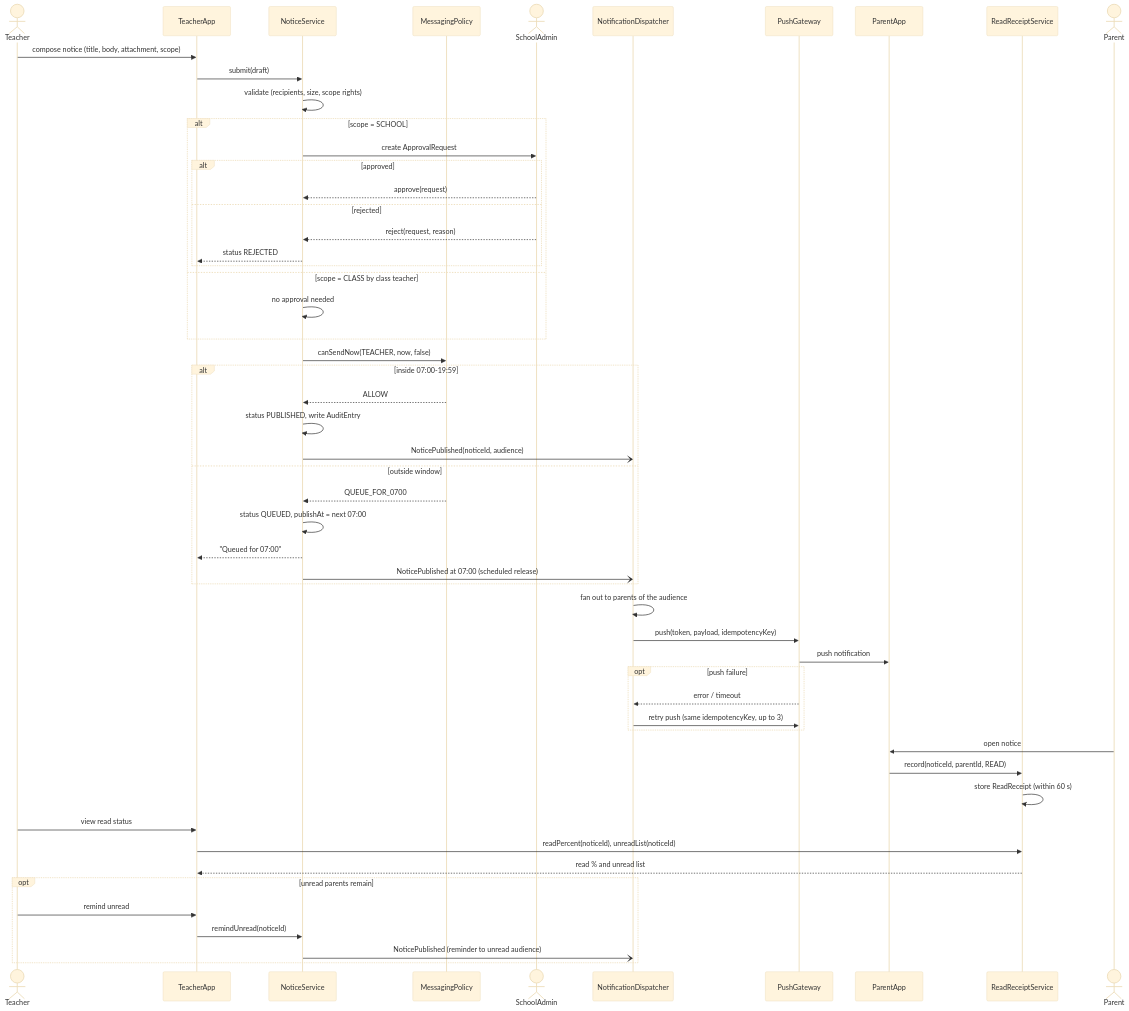
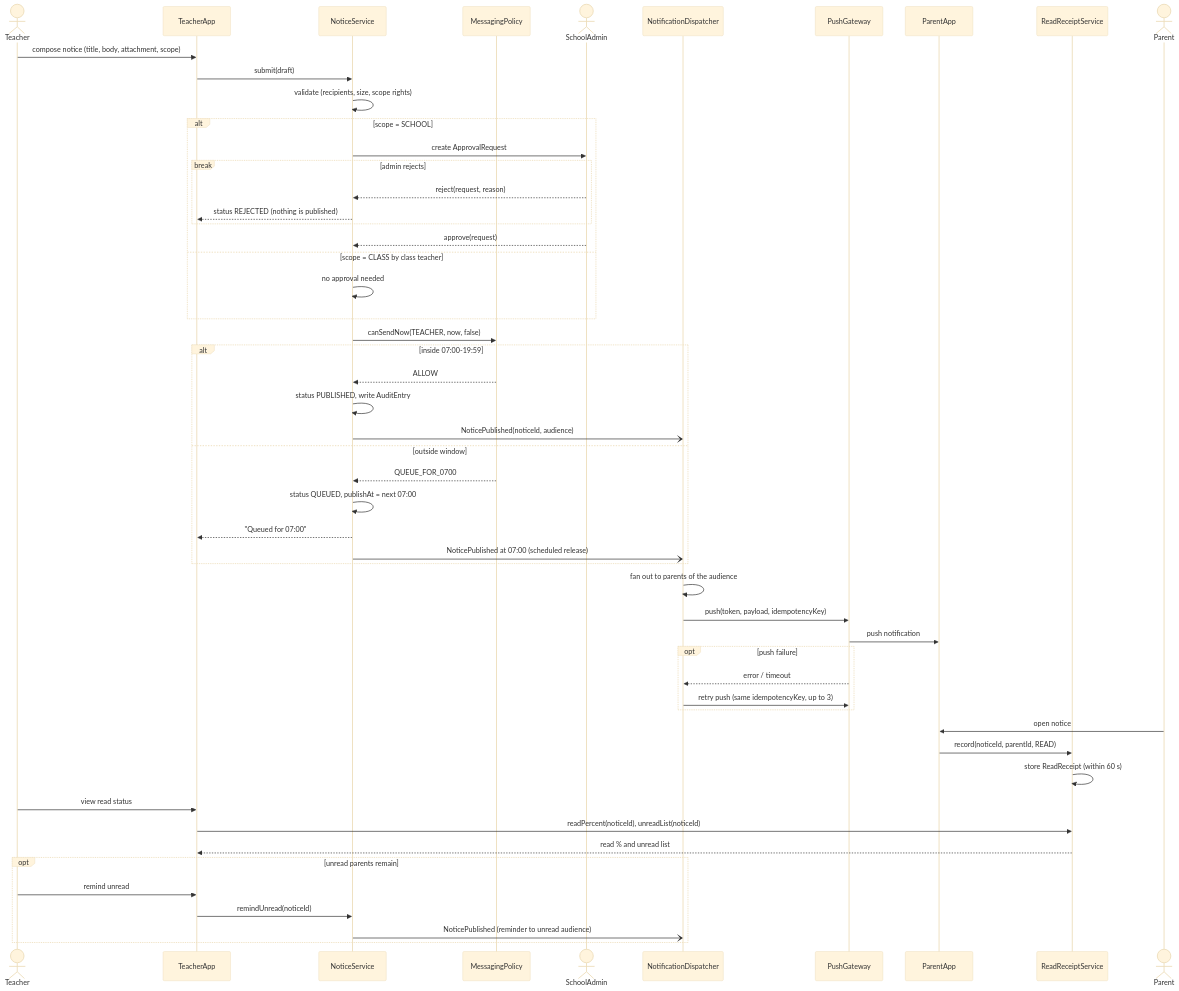
Before and after one commit to Kishann911/SchoolDiary_Case-111: the third of 6 diagrams in 02_UML_Design.md, drawn with Mermaid (base theme). The commit also changed other lines of this file and 7 other files, not shown here.

Commit message:
Review fixes: aligned decision-table IDs, rejection rule, sequence break on reject, resource-aware float, honest labels

````diff
--- a/02_UML_Design.md
+++ b/02_UML_Design.md
@@ -329,57 +329,56 @@
 ```mermaid
 sequenceDiagram
   actor T as Teacher
   participant TA as TeacherApp
   participant NS as NoticeService
   participant MP as MessagingPolicy
   actor SA as SchoolAdmin
   participant ND as NotificationDispatcher
   participant PG as PushGateway
   participant PA as ParentApp
   participant RS as ReadReceiptService
   actor P as Parent
 
   T->>TA: compose notice (title, body, attachment, scope)
   TA->>NS: submit(draft)
   NS->>NS: validate (recipients, size, scope rights)
   alt scope = SCHOOL
     NS->>SA: create ApprovalRequest
-    alt approved
-      SA-->>NS: approve(request)
-    else rejected
+    break admin rejects
       SA-->>NS: reject(request, reason)
-      NS-->>TA: status REJECTED
+      NS-->>TA: status REJECTED (nothing is published)
     end
+    SA-->>NS: approve(request)
   else scope = CLASS by class teacher
     NS->>NS: no approval needed
   end
   NS->>MP: canSendNow(TEACHER, now, false)
   alt inside 07:00-19:59
     MP-->>NS: ALLOW
     NS->>NS: status PUBLISHED, write AuditEntry
     NS-)ND: NoticePublished(noticeId, audience)
   else outside window
     MP-->>NS: QUEUE_FOR_0700
     NS->>NS: status QUEUED, publishAt = next 07:00
     NS-->>TA: "Queued for 07:00"
     NS-)ND: NoticePublished at 07:00 (scheduled release)
   end
   ND->>ND: fan out to parents of the audience
   ND->>PG: push(token, payload, idempotencyKey)
   PG->>PA: push notification
   opt push failure
     PG-->>ND: error / timeout
     ND->>PG: retry push (same idempotencyKey, up to 3)
   end
   P->>PA: open notice
   PA->>RS: record(noticeId, parentId, READ)
   RS->>RS: store ReadReceipt (within 60 s)
   T->>TA: view read status
   TA->>RS: readPercent(noticeId), unreadList(noticeId)
   RS-->>TA: read % and unread list
   opt unread parents remain
     T->>TA: remind unread
     TA->>NS: remindUnread(noticeId)
     NS-)ND: NoticePublished (reminder to unread audience)
   end
 ```
````
